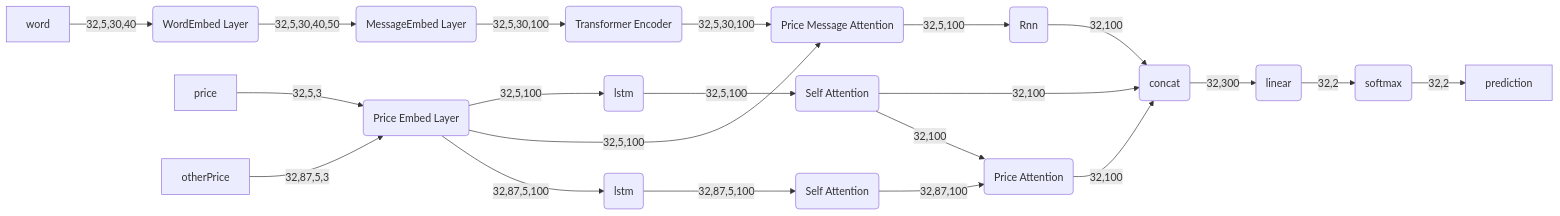
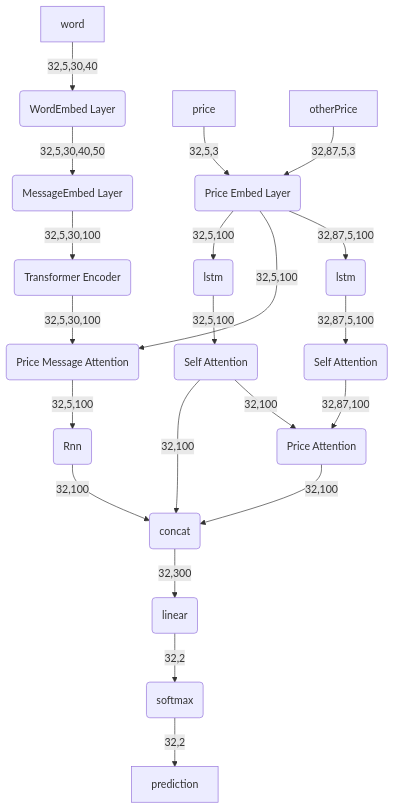
One commit to Unevenlu/TPIN-Text_Price_Information_Network changed the diagram in README.md. Above: the diagram before and after it, drawn with Mermaid. The commit also changed other lines of this file, not shown here.

````diff
--- a/README.md
+++ b/README.md
@@ -47,13 +47,13 @@
 ```mermaid
-graph LR
+graph TD
     word -->|32,5,30,40|word_embedding(WordEmbed Layer)
     word_embedding -->|32,5,30,40,50|msg_embed(MessageEmbed Layer)
     msg_embed -->|32,5,30,100|Transformer(Transformer Encoder)
     Transformer -->|32,5,30,100|PriceMsg(Price Message Attention)
     price -->|32,5,3|PriceEmbed(Price Embed Layer) -->|32,5,100|lstm1(lstm) -->|32,5,100|att1(Self Attention) -->|32,100|concat(concat)
     PriceEmbed -->|32,5,100|PriceMsg -->|32,5,100|rnn(Rnn) -->|32,100|concat
     
     otherPrice -->|32,87,5,3|PriceEmbed -->|32,87,5,100|lstm2(lstm) -->|32,87,5,100|att2(Self Attention) -->|32,87,100|prt(Price Attention)
     att1 -->|32,100|prt -->|32,100|concat
     concat -->|32,300|linear(linear) -->|32,2|softmax(softmax) -->|32,2|prediction
 ```
````
